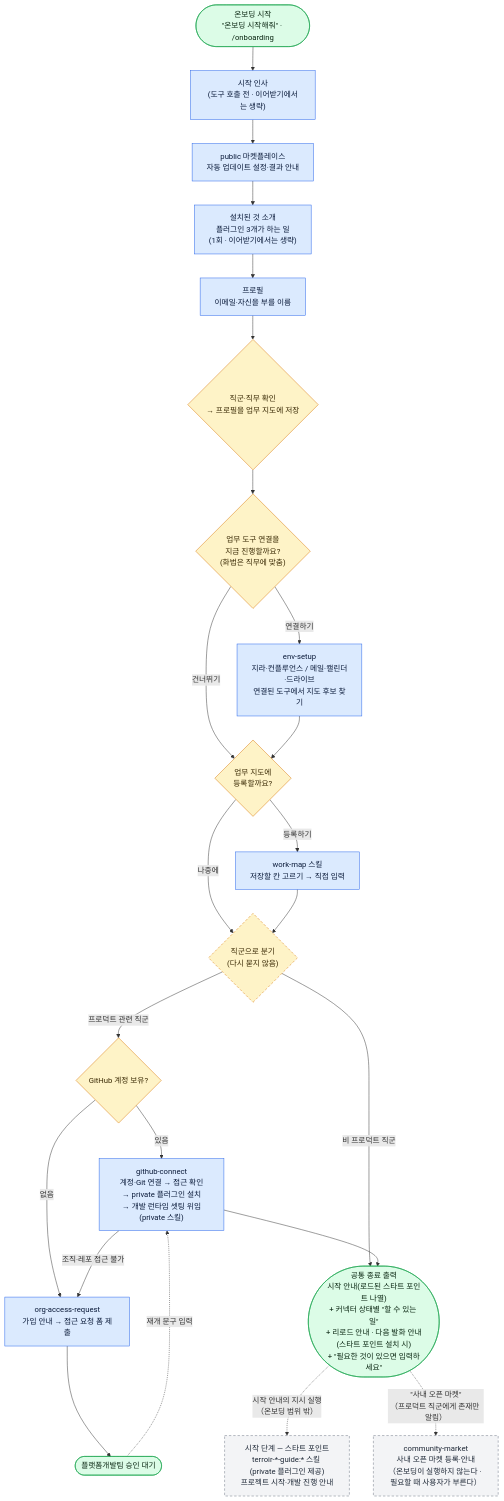
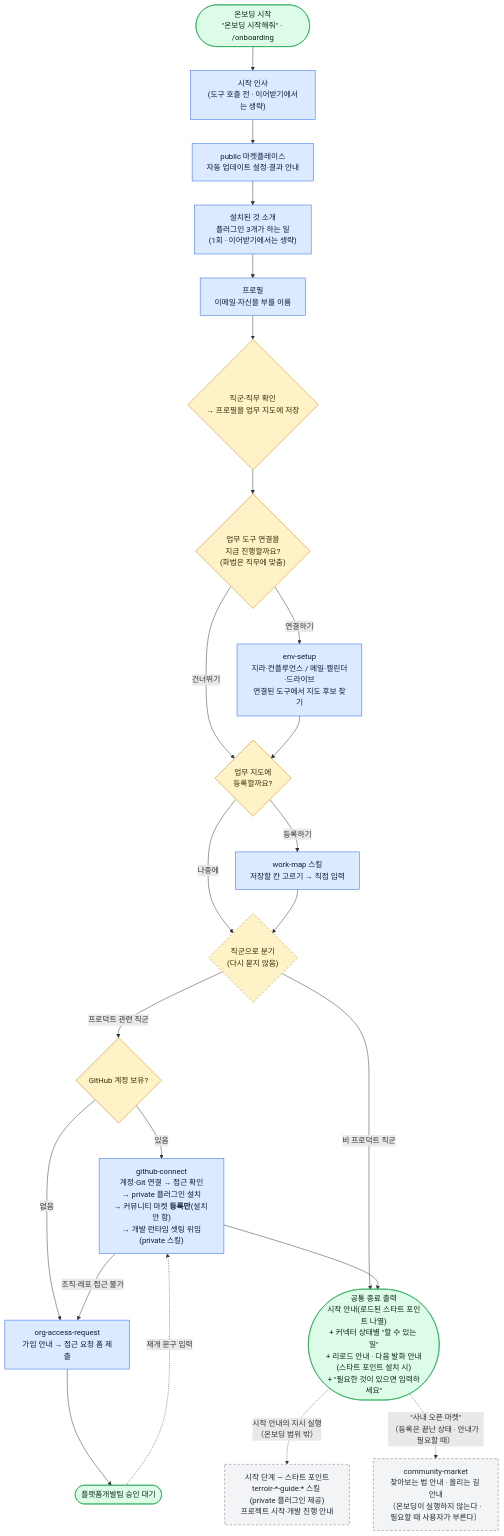
The diagram in plugins/terroir-onboarding/README.md (VntgCorp/terroir-claude-plugin-public), drawn with Mermaid before and after one commit. The commit also changed 5 other files, not shown here.

````diff
--- a/plugins/terroir-onboarding/README.md
+++ b/plugins/terroir-onboarding/README.md
@@ -51,61 +51,61 @@
 ```mermaid
 flowchart TD
     START(["온보딩 시작<br/>&quot;온보딩 시작해줘&quot; · /onboarding"])
     HELLO["시작 인사<br/>(도구 호출 전 · 이어받기에서는 생략)"]
     AUTO["public 마켓플레이스<br/>자동 업데이트 설정·결과 안내"]
     INTRO["설치된 것 소개<br/>플러그인 3개가 하는 일<br/>(1회 · 이어받기에서는 생략)"]
 
     PROF["프로필<br/>이메일·자신을 부를 이름"]
     Q1{"직군·직무 확인<br/>→ 프로필을 업무 지도에 저장"}
     Q2{"업무 도구 연결을<br/>지금 진행할까요?<br/>(화법은 직무에 맞춤)"}
     ENV["env-setup<br/>지라·컨플루언스 / 메일·캘린더·드라이브<br/>연결된 도구에서 지도 후보 찾기"]
     QM{"업무 지도에<br/>등록할까요?"}
     MAP["work-map 스킬<br/>저장할 칸 고르기 → 직접 입력"]
     BR{"직군으로 분기<br/>(다시 묻지 않음)"}
     Q3{"GitHub 계정 보유?"}
 
-    GH["github-connect<br/>계정·Git 연결 → 접근 확인<br/>→ private 플러그인 설치<br/>→ 개발 런타임 셋팅 위임(private 스킬)"]
+    GH["github-connect<br/>계정·Git 연결 → 접근 확인<br/>→ private 플러그인 설치<br/>→ 커뮤니티 마켓 <b>등록만</b>(설치 안 함)<br/>→ 개발 런타임 셋팅 위임(private 스킬)"]
     OA["org-access-request<br/>가입 안내 → 접근 요청 폼 제출"]
     WAIT(["플랫폼개발팀 승인 대기"])
 
     END(["공통 종료 출력<br/>시작 안내(로드된 스타트 포인트 나열)<br/>+ 커넥터 상태별 &quot;할 수 있는 일&quot;<br/>+ 리로드 안내 · 다음 발화 안내(스타트 포인트 설치 시)<br/>+ &quot;필요한 것이 있으면 입력하세요&quot;"])
     SP["시작 단계 — 스타트 포인트<br/>terroir-*-guide:* 스킬 (private 플러그인 제공)<br/>프로젝트 시작·개발 진행 안내"]
-    CM["community-market<br/>사내 오픈 마켓 등록·안내<br/>（온보딩이 실행하지 않는다 · 필요할 때 사용자가 부른다）"]
+    CM["community-market<br/>찾아보는 법 안내 · 올리는 길 안내<br/>（온보딩이 실행하지 않는다 · 필요할 때 사용자가 부른다）"]
 
     START --> HELLO
     HELLO --> AUTO
     AUTO --> INTRO
     INTRO --> PROF
     PROF --> Q1
     Q1 --> Q2
     Q2 -->|연결하기| ENV
     Q2 -->|건너뛰기| QM
     ENV --> QM
     QM -->|등록하기| MAP
     QM -->|나중에| BR
     MAP --> BR
 
     BR -->|프로덕트 관련 직군| Q3
     BR -->|비 프로덕트 직군| END
 
     Q3 -->|있음| GH
     Q3 -->|없음| OA
     GH -->|조직·레포 접근 불가| OA
     OA --> WAIT
     WAIT -.->|재개 문구 입력| GH
 
     GH --> END
     END -.->|시작 안내의 지시 실행<br/>（온보딩 범위 밖）| SP
-    END -.->|&quot;사내 오픈 마켓&quot;<br/>（프로덕트 직군에게 존재만 알림）| CM
+    END -.->|&quot;사내 오픈 마켓&quot;<br/>（등록은 끝난 상태 · 안내가 필요할 때）| CM
 
     classDef skill fill:#dbeafe,stroke:#2563eb,color:#0b1b3a
     classDef gate fill:#fef3c7,stroke:#d97706,color:#3a2a05
     classDef term fill:#dcfce7,stroke:#16a34a,color:#0a2612
     classDef branch fill:#fef3c7,stroke:#d97706,color:#3a2a05,stroke-dasharray:5 4
     classDef ext fill:#f3f4f6,stroke:#6b7280,color:#1f2937,stroke-dasharray:5 4
     class HELLO,AUTO,INTRO,PROF,ENV,MAP,GH,OA skill
     class Q1,Q2,QM,Q3 gate
     class BR branch
     class START,END,WAIT term
     class SP,CM ext
 ```
````
